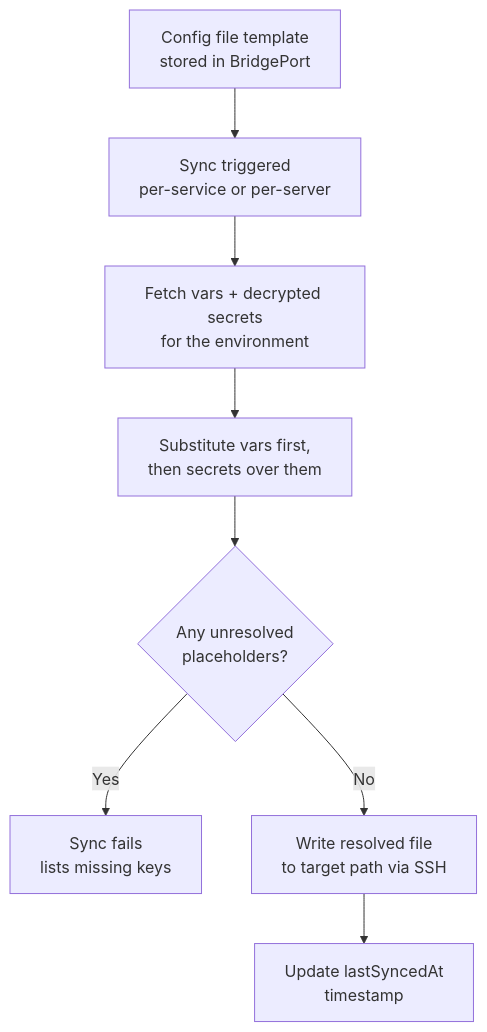
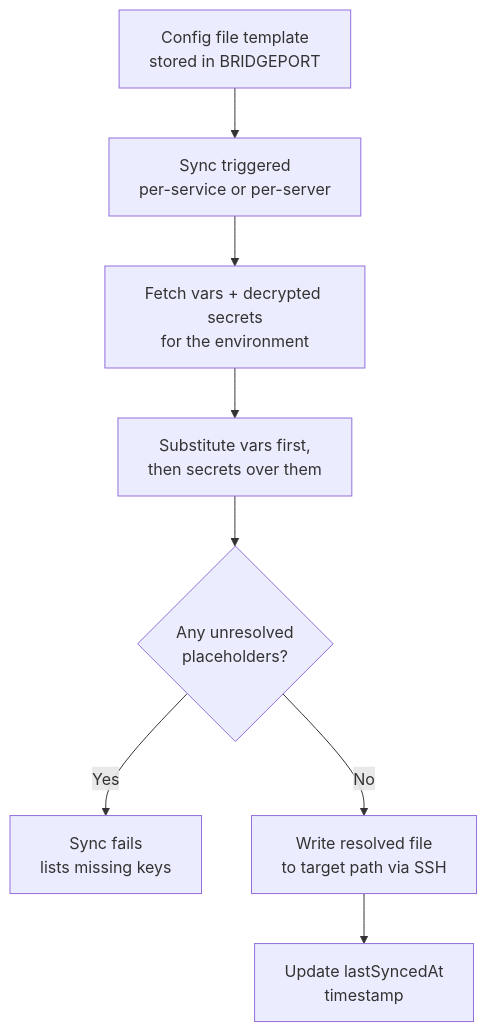
Before and after one commit to bridgeinpt/bridgeport: the second of 2 diagrams in docs/guides/secrets.md, drawn with Mermaid. The commit also changed other lines of this file and 94 other files, not shown here.

````diff
--- a/docs/guides/secrets.md
+++ b/docs/guides/secrets.md
@@ -221,10 +221,10 @@
 ```mermaid
 flowchart TD
-    A[Config file template<br/>stored in BridgePort] --> B[Sync triggered<br/>per-service or per-server]
+    A[Config file template<br/>stored in BRIDGEPORT] --> B[Sync triggered<br/>per-service or per-server]
     B --> C[Fetch vars + decrypted secrets<br/>for the environment]
     C --> D[Substitute vars first,<br/>then secrets over them]
     D --> E{Any unresolved<br/>placeholders?}
     E -->|Yes| F[Sync fails<br/>lists missing keys]
     E -->|No| G[Write resolved file<br/>to target path via SSH]
     G --> H[Update lastSyncedAt<br/>timestamp]
 ```
````
